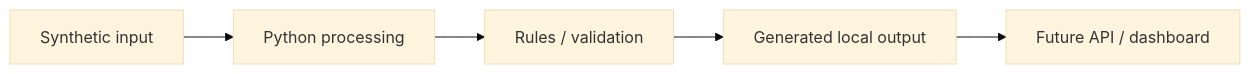
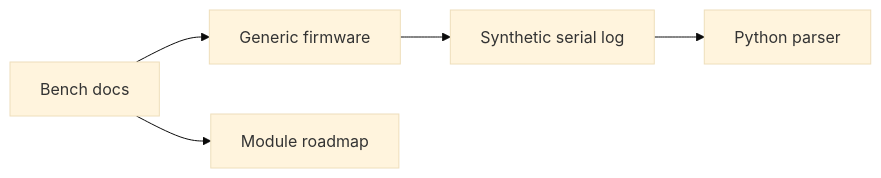
One commit to guilherme-lacerda-tech/esp32-iot-integration-lab changed the diagram in README.md. Above: the diagram before and after it, drawn with Mermaid (base theme). The commit also changed other lines of this file and 11 other files, not shown here.

````diff
--- a/README.md
+++ b/README.md
@@ -27,7 +22,7 @@
-    ```mermaid
-    flowchart LR
-        A["Synthetic input"] --> B["Python processing"]
-        B --> C["Rules / validation"]
-        C --> D["Generated local output"]
-        D --> E["Future API / dashboard"]
-    ```
+```mermaid
+flowchart LR
+    A["Generic firmware"] --> B["Synthetic serial log"]
+    B --> C["Python parser"]
+    D["Bench docs"] --> A
+    D --> E["Module roadmap"]
+```
````
